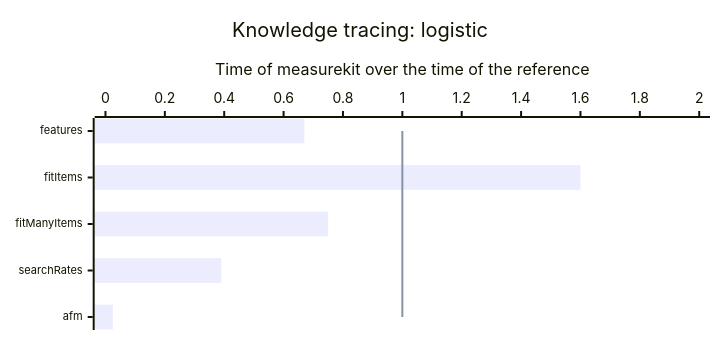
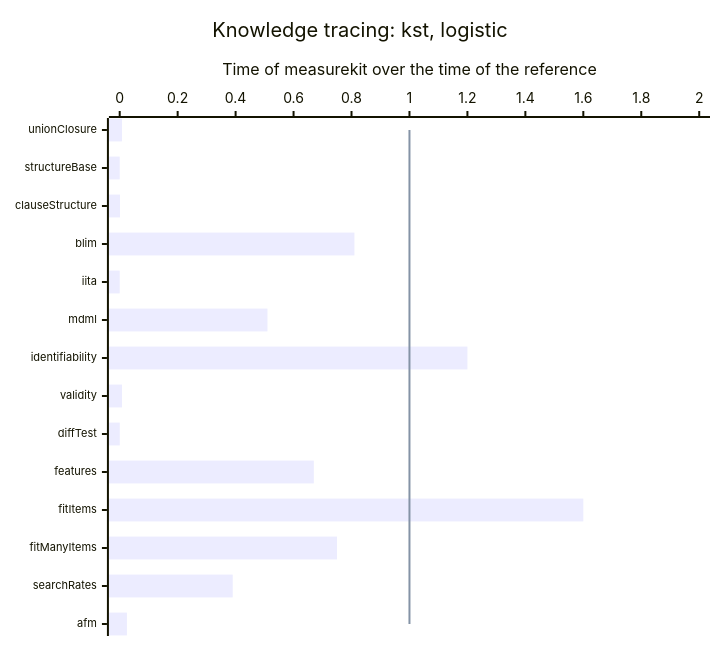
One commit to measurekit/measurekit changed diagram 14 of 15 in docs/performance.md. Above: the diagram before and after it, drawn with Mermaid. The commit also changed other lines of this file and 9 other files, not shown here.

````diff
--- a/docs/performance.md
+++ b/docs/performance.md
@@ -143,9 +143,9 @@
 ```mermaid
-%%{init: {"xyChart": {"height": 320, "xAxis": {"labelFontSize": 11}}}}%%
+%%{init: {"xyChart": {"height": 626, "xAxis": {"labelFontSize": 11}}}}%%
 xychart-beta horizontal
-  title "Knowledge tracing: logistic"
-  x-axis ["features", "fitItems", "fitManyItems", "searchRates", "afm"]
+  title "Knowledge tracing: kst, logistic"
+  x-axis ["unionClosure", "structureBase", "clauseStructure", "blim", "iita", "mdml", "identifiability", "validity", "diffTest", "features", "fitItems", "fitManyItems", "searchRates", "afm"]
   y-axis "Time of measurekit over the time of the reference" 0 --> 2
-  bar [0.67, 1.6, 0.75, 0.39, 0.025]
-  line [1, 1, 1, 1, 1]
+  bar [0.0078, 0.000037, 0.0011, 0.81, 0.000015, 0.51, 1.2, 0.008, 0.00026, 0.67, 1.6, 0.75, 0.39, 0.025]
+  line [1, 1, 1, 1, 1, 1, 1, 1, 1, 1, 1, 1, 1, 1]
 ```
````
